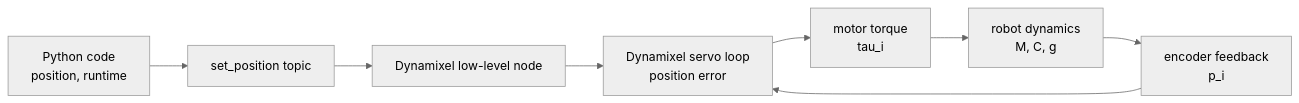
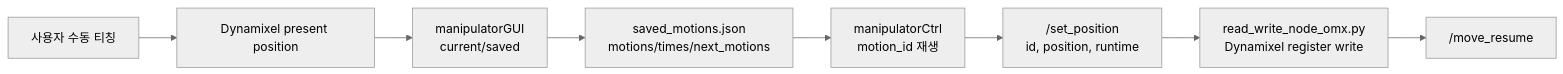
The diagram in auxiliary_code_backup/manipulation_teaching/robot_motion_physics.md (EchidnaRezero/ros_project2), drawn with Mermaid (neutral theme) before and after one commit. The commit also changed other lines of this file, not shown here.

Commit message:
docs: align manipulator physics note with code

````diff
--- a/auxiliary_code_backup/manipulation_teaching/robot_motion_physics.md
+++ b/auxiliary_code_backup/manipulation_teaching/robot_motion_physics.md
@@ -249,12 +7,13 @@
 ```mermaid
 flowchart LR
-    code["Python code<br/>position, runtime"]
-    ros["set_position topic"]
-    low["Dynamixel low-level node"]
-    servo["Dynamixel servo loop<br/>position error"]
-    torque["motor torque<br/>tau_i"]
-    arm["robot dynamics<br/>M, C, g"]
-    enc["encoder feedback<br/>p_i"]
+    user["사용자 수동 티칭"]
+    encoder["Dynamixel present position"]
+    gui["manipulatorGUI<br/>current/saved"]
+    json["saved_motions.json<br/>motions/times/next_motions"]
+    ctrl["manipulatorCtrl<br/>motion_id 재생"]
+    topic["/set_position<br/>id, position, runtime"]
+    dxl["read_write_node_omx.py<br/>Dynamixel register write"]
+    done["/move_resume"]
 
-    code --> ros --> low --> servo --> torque --> arm --> enc --> servo
+    user --> encoder --> gui --> json --> ctrl --> topic --> dxl --> done
 ```
````
